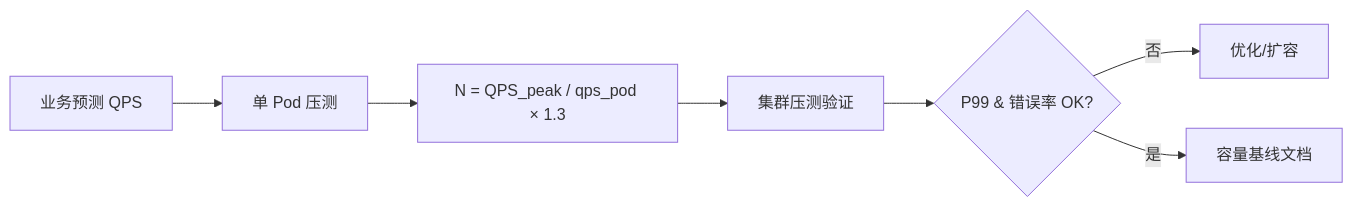
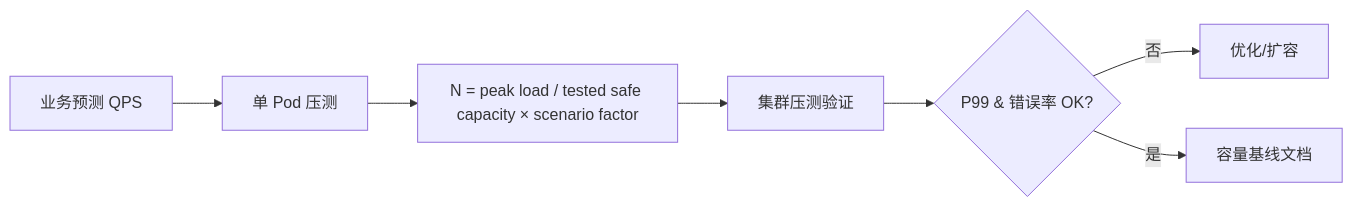
One commit to twodog-tt/Golang-development-manual changed the diagram in docs/interview/03-system-design/S-ARCH-18-capacity-planning.md. Above: the diagram before and after it, drawn with Mermaid. The commit also changed other lines of this file and 49 other files, not shown here.

````diff
--- a/docs/interview/03-system-design/S-ARCH-18-capacity-planning.md
+++ b/docs/interview/03-system-design/S-ARCH-18-capacity-planning.md
@@ -29,9 +52,9 @@
 ```mermaid
 flowchart LR
   Forecast[业务预测 QPS] --> Single[单 Pod 压测]
-  Single --> Formula[N = QPS_peak / qps_pod × 1.3]
+  Single --> Formula["N = peak load / tested safe capacity × scenario factor"]
   Formula --> Cluster[集群压测验证]
   Cluster --> SLO{P99 & 错误率 OK?}
   SLO -->|否| Tune[优化/扩容]
   SLO -->|是| Prod[容量基线文档]
 ```
````
